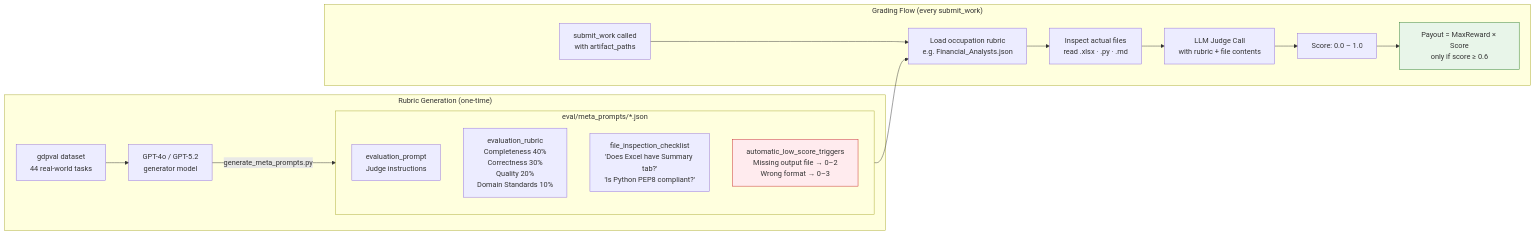
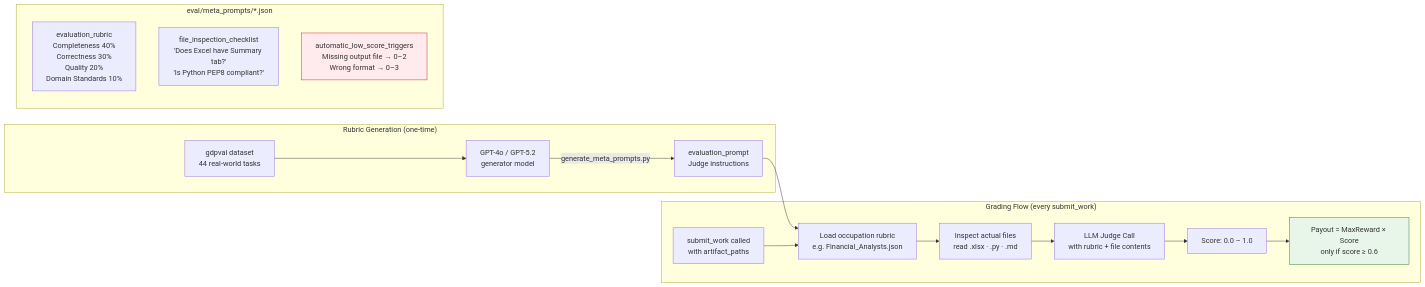
Before and after one commit to rsrini7/Learnings: the fourth of 5 diagrams in AI-ML/Agents/openclaw/clawwork-architecture-deep-dive.md, drawn with Mermaid. The commit also changed other lines of this file and 7 other files, not shown here.

First line of the commit message:
docs: update mermaid flowcharts in documentation

````diff
--- a/AI-ML/Agents/openclaw/clawwork-architecture-deep-dive.md
+++ b/AI-ML/Agents/openclaw/clawwork-architecture-deep-dive.md
@@ -316,36 +316,36 @@
 ```mermaid
 flowchart LR
     subgraph GEN["Rubric Generation (one-time)"]
         GD[gdpval dataset\n44 real-world tasks]
         GPT[GPT-4o / GPT-5.2\ngenerator model]
         GD --> GPT
-        GPT -->|generate_meta_prompts.py| MP
+        GPT -->|generate_meta_prompts.py| R1
     end
 
-    subgraph MP["eval/meta_prompts/*.json"]
+    subgraph MetaPrompts["eval/meta_prompts/*.json"]
         direction TB
         R1[evaluation_prompt\nJudge instructions]
         R2[evaluation_rubric\nCompleteness 40%\nCorrectness 30%\nQuality 20%\nDomain Standards 10%]
         R3[file_inspection_checklist\n'Does Excel have Summary tab?'\n'Is Python PEP8 compliant?']
         R4[automatic_low_score_triggers\nMissing output file → 0–2\nWrong format → 0–3]
     end
 
     subgraph GRADE["Grading Flow (every submit_work)"]
         SW2[submit_work called\nwith artifact_paths]
         LOAD[Load occupation rubric\ne.g. Financial_Analysts.json]
         INSPECT[Inspect actual files\nread .xlsx · .py · .md]
         JUDGE[LLM Judge Call\nwith rubric + file contents]
         SCORE2[Score: 0.0 – 1.0]
         PAY["Payout = MaxReward × Score\nonly if score ≥ 0.6"]
     end
 
-    MP --> LOAD
+    R1 --> LOAD
     SW2 --> LOAD
     LOAD --> INSPECT
     INSPECT --> JUDGE
     JUDGE --> SCORE2
     SCORE2 --> PAY
 
     style R4 fill:#ffebee,stroke:#c62828
     style PAY fill:#e8f5e9,stroke:#2e7d32
 ```
````
